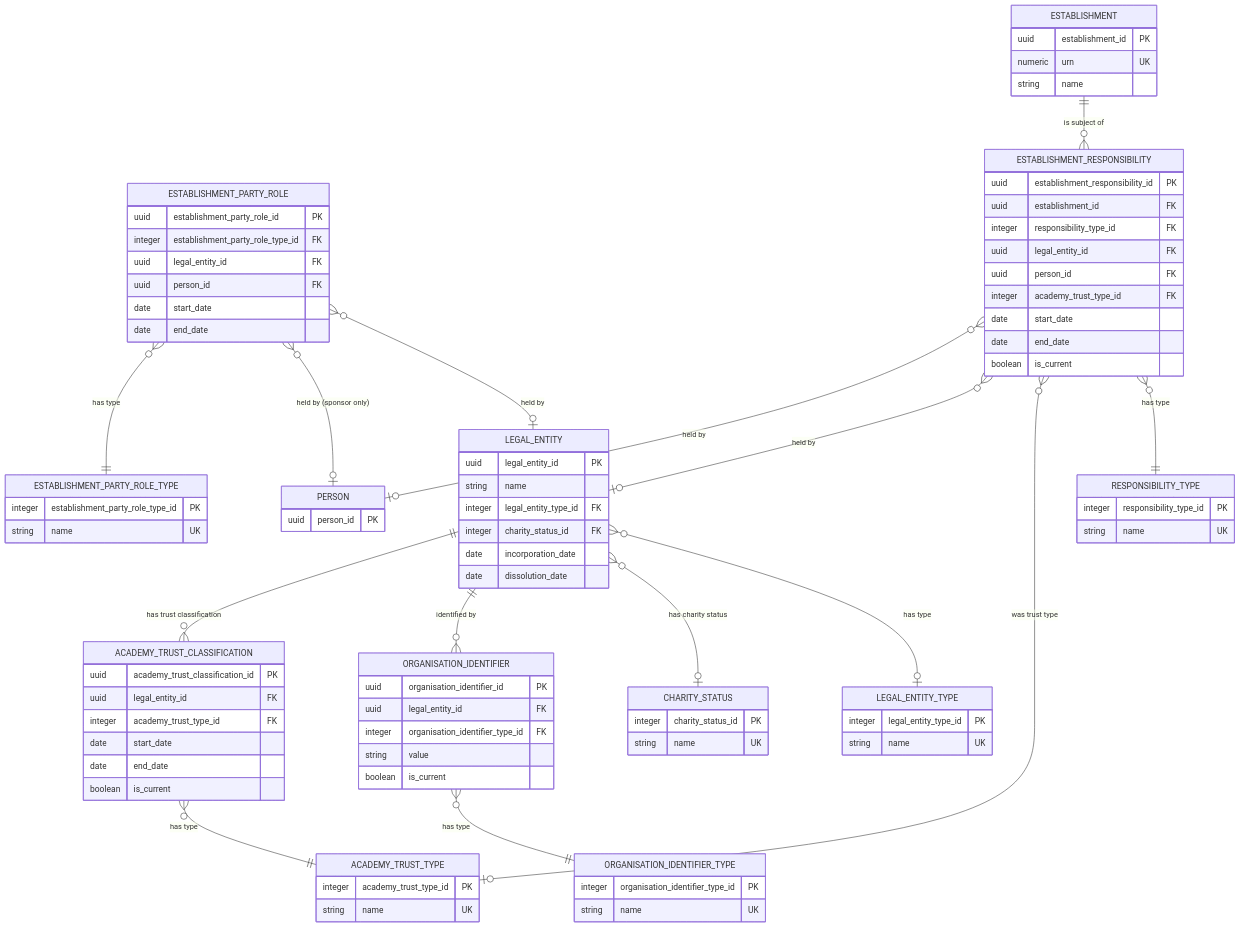
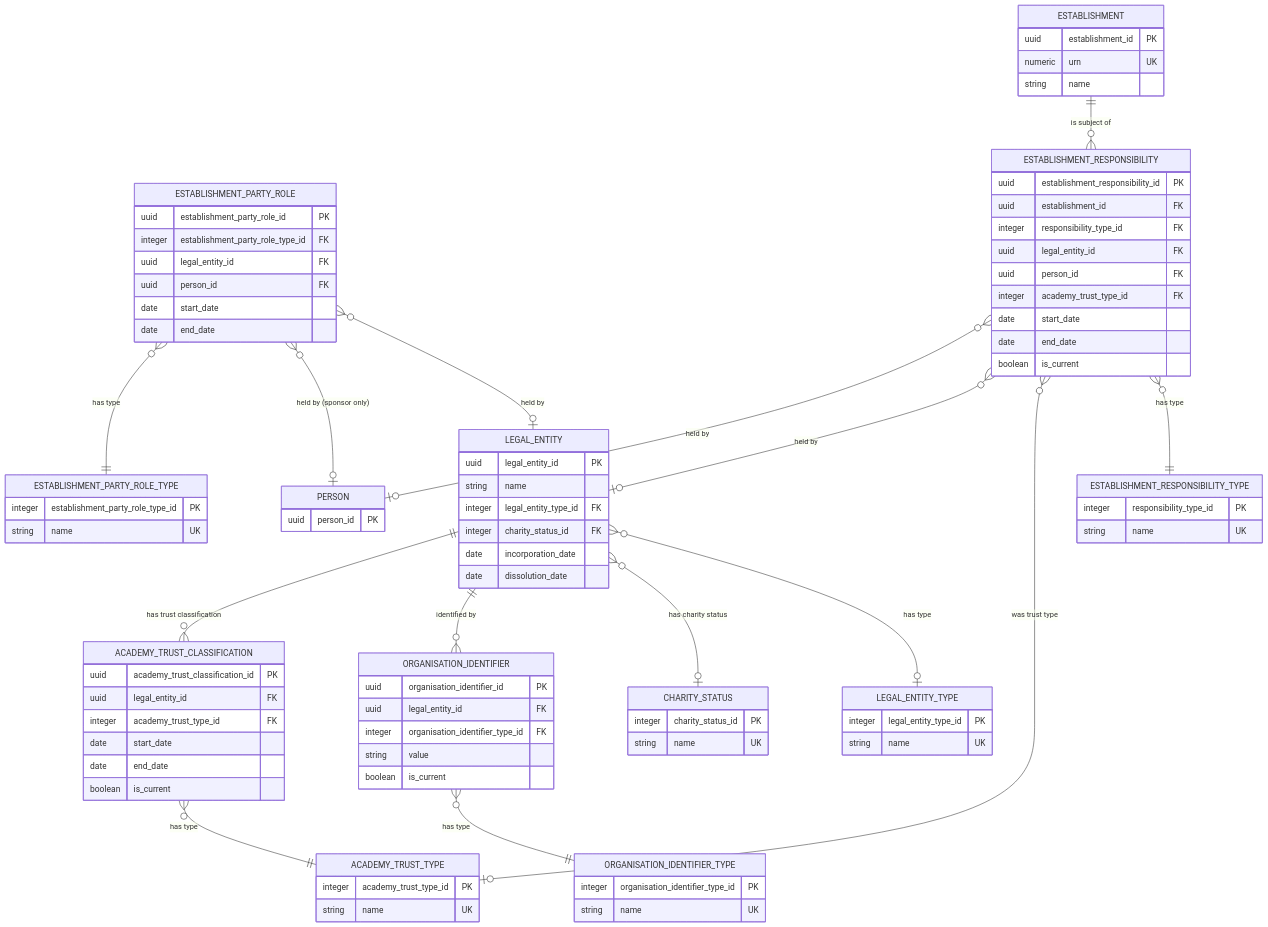
Before and after one commit to DFE-Digital/education-provider-registry-docs: the first of 2 diagrams in models/logical/establishment/establishment-groups-logical-model.md, drawn with Mermaid. The commit also changed other lines of this file and 17 other files, not shown here.

```diff
--- a/models/logical/establishment/establishment-groups-logical-model.md
+++ b/models/logical/establishment/establishment-groups-logical-model.md
@@ -31,7 +31,7 @@
     LEGAL_ENTITY ||--o{ ACADEMY_TRUST_CLASSIFICATION : "has trust classification"
     ACADEMY_TRUST_CLASSIFICATION }o--|| ACADEMY_TRUST_TYPE : "has type"
     ESTABLISHMENT ||--o{ ESTABLISHMENT_RESPONSIBILITY : "is subject of"
-    ESTABLISHMENT_RESPONSIBILITY }o--|| RESPONSIBILITY_TYPE : "has type"
+    ESTABLISHMENT_RESPONSIBILITY }o--|| ESTABLISHMENT_RESPONSIBILITY_TYPE : "has type"
     ESTABLISHMENT_RESPONSIBILITY }o--o| ACADEMY_TRUST_TYPE : "was trust type"
     ESTABLISHMENT_RESPONSIBILITY }o--o| LEGAL_ENTITY : "held by"
     ESTABLISHMENT_RESPONSIBILITY }o--o| PERSON : "held by"
@@ -102,7 +102,7 @@
         date end_date
         boolean is_current
     }
-    RESPONSIBILITY_TYPE {
+    ESTABLISHMENT_RESPONSIBILITY_TYPE {
         integer responsibility_type_id PK
         string name UK
     }
```
